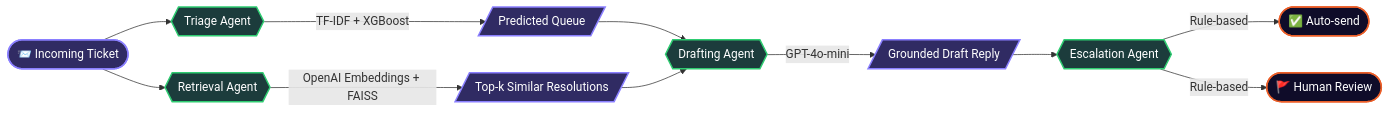
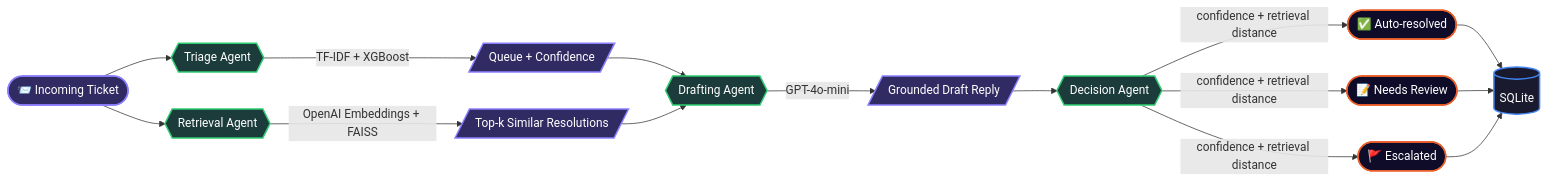
One commit to Jenil05-web/AI-Ops changed the diagram in README.md. Above: the diagram before and after it, drawn with Mermaid. The commit also changed other lines of this file and 3 other files, not shown here.

````diff
--- a/README.md
+++ b/README.md
@@ -81,20 +84,26 @@
 ```mermaid
 flowchart LR
     T([📨 Incoming Ticket]) --> TR{{Triage Agent}}
-    TR -->|TF-IDF + XGBoost| Q[/Predicted Queue/]
+    TR -->|TF-IDF + XGBoost| Q[/Queue + Confidence/]
     T --> RT{{Retrieval Agent}}
     RT -->|OpenAI Embeddings + FAISS| CTX[/Top-k Similar Resolutions/]
     Q --> DR{{Drafting Agent}}
     CTX --> DR
     DR -->|GPT-4o-mini| RESP[/Grounded Draft Reply/]
-    RESP --> ES{{Escalation Agent}}
-    ES -->|Rule-based| OUT1([✅ Auto-send])
-    ES -->|Rule-based| OUT2([🚩 Human Review])
+    RESP --> DEC{{Decision Agent}}
+    DEC -->|confidence + retrieval distance| OUT1([✅ Auto-resolved])
+    DEC -->|confidence + retrieval distance| OUT2([📝 Needs Review])
+    DEC -->|confidence + retrieval distance| OUT3([🚩 Escalated])
+    OUT1 --> DB[(SQLite)]
+    OUT2 --> DB
+    OUT3 --> DB
 
     classDef ticket fill:#302B63,stroke:#8A7FFF,color:#fff,stroke-width:2px
     classDef agent fill:#1C3C3C,stroke:#2ECC71,color:#fff,stroke-width:2px
     classDef out fill:#0F0C29,stroke:#EB5E28,color:#fff,stroke-width:2px
+    classDef store fill:#1a1a2e,stroke:#4285F4,color:#fff,stroke-width:2px
     class T,Q,CTX,RESP ticket
-    class TR,RT,DR,ES agent
-    class OUT1,OUT2 out
+    class TR,RT,DR,DEC agent
+    class OUT1,OUT2,OUT3 out
+    class DB store
 ```
````
